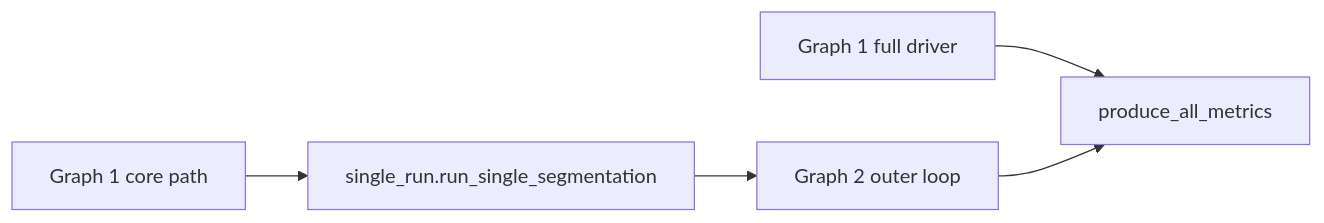
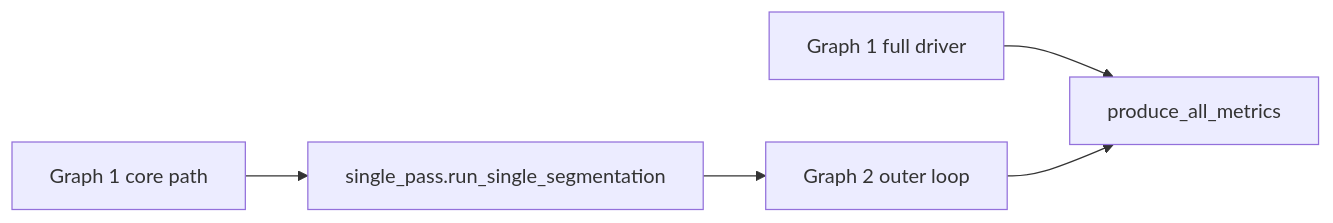
The fourth of 4 diagrams in README.md (FulgentMcGuffin/gulfstream), drawn with Mermaid before and after one commit. The commit also changed other lines of this file, not shown here.

````diff
--- a/README.md
+++ b/README.md
@@ -278,7 +277,7 @@
 ```mermaid
 flowchart LR
-  g1core["Graph 1 core path"] --> single["single_run.run_single_segmentation"]
+  g1core["Graph 1 core path"] --> single["single_pass.run_single_segmentation"]
   single --> g2loop["Graph 2 outer loop"]
   g1full["Graph 1 full driver"] --> metrics["produce_all_metrics"]
   g2loop --> metrics
 ```
````
